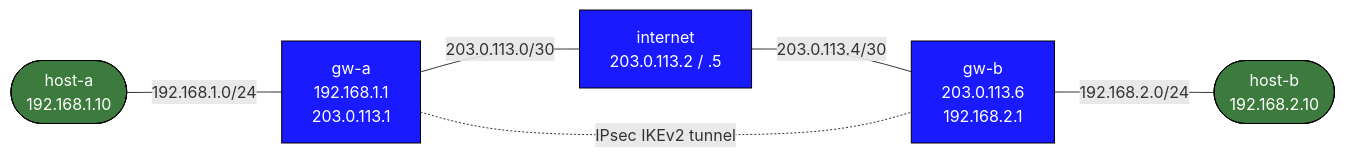
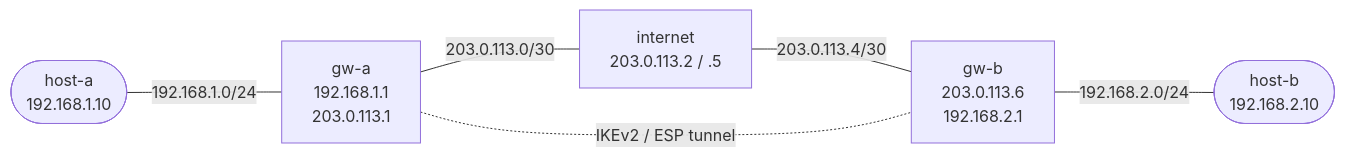
The diagram in labs/ipsec-basics/README.md (jschless/networkingLabs), drawn with Mermaid before and after one commit. The commit also changed other lines of this file and 25 other files, not shown here.

````diff
--- a/labs/ipsec-basics/README.md
+++ b/labs/ipsec-basics/README.md
@@ -10,20 +7,15 @@
 ```mermaid
 flowchart LR
     ha(["host-a\n192.168.1.10"])
     gwa["gw-a\n192.168.1.1\n203.0.113.1"]
     inet["internet\n203.0.113.2 / .5"]
     gwb["gw-b\n203.0.113.6\n192.168.2.1"]
     hb(["host-b\n192.168.2.10"])
 
     ha -- "192.168.1.0/24" --- gwa
     gwa -- "203.0.113.0/30" --- inet
     inet -- "203.0.113.4/30" --- gwb
     gwb -- "192.168.2.0/24" --- hb
 
-    gwa -. "IPsec IKEv2 tunnel" .- gwb
-
-    classDef router fill:#1a1aff,color:#fff,stroke:#000
-    classDef host   fill:#3d7a3d,color:#fff,stroke:#000
-    class gwa,gwb,inet router
-    class ha,hb host
+    gwa -. "IKEv2 / ESP tunnel" .- gwb
 ```
````
